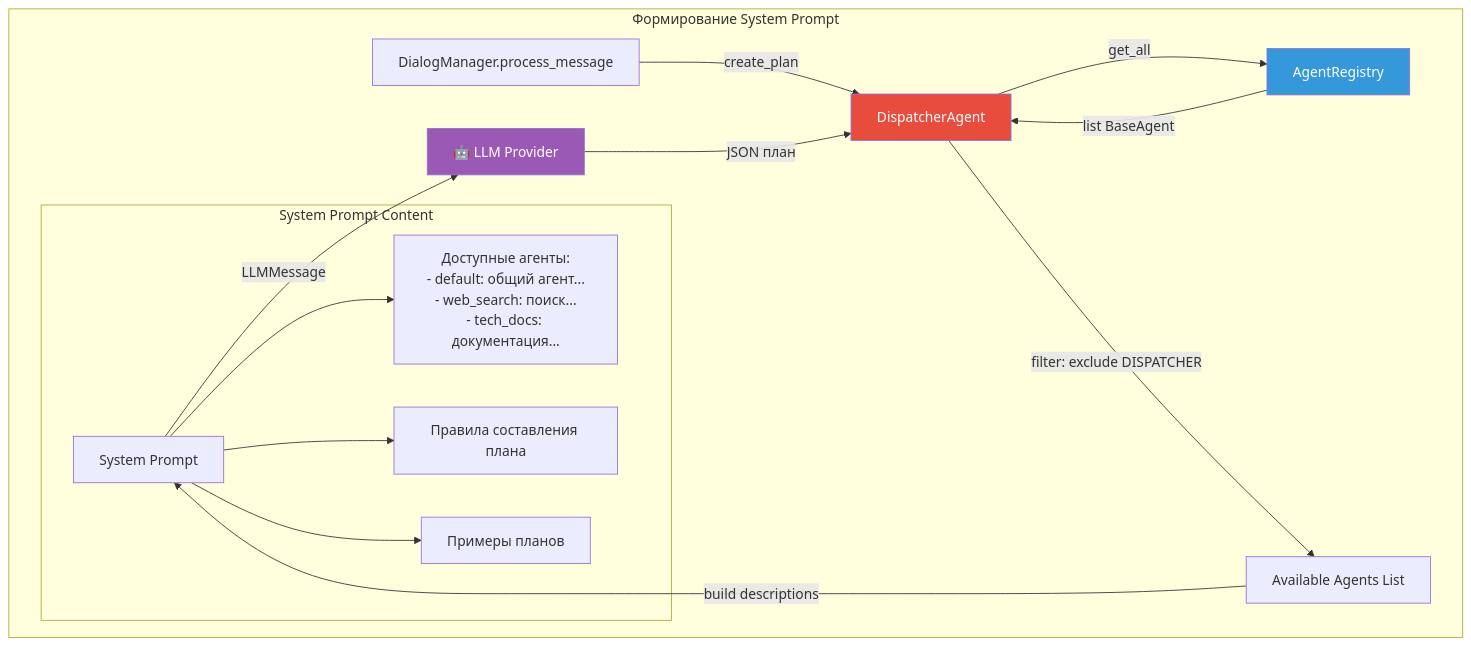
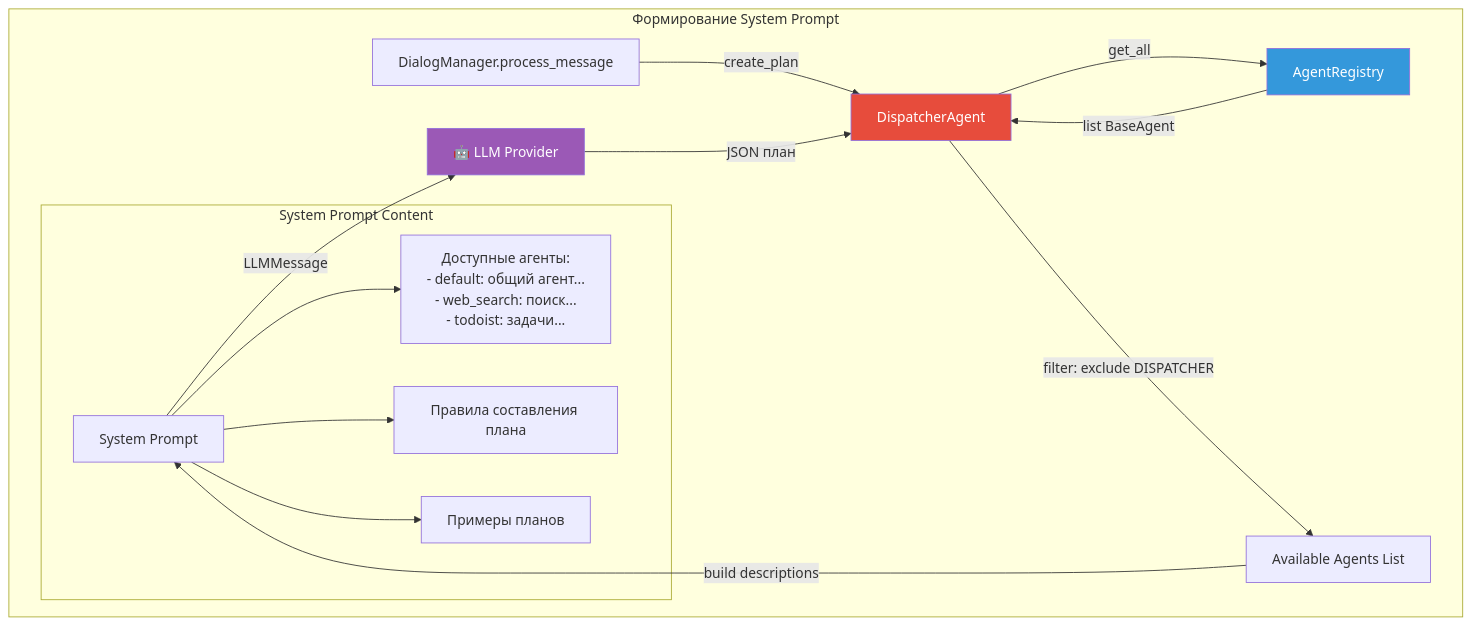
One commit to finnetrolle/nergal changed the first of 14 diagrams in docs/AGENT_ARCHITECTURE.md. Above: the diagram before and after it, drawn with Mermaid. The commit also changed other lines of this file and 29 other files, not shown here.

````diff
--- a/docs/AGENT_ARCHITECTURE.md
+++ b/docs/AGENT_ARCHITECTURE.md
@@ -7,23 +25,23 @@
 ```mermaid
 flowchart TD
     subgraph "Формирование System Prompt"
         DM[DialogManager.process_message] -->|create_plan| DA[DispatcherAgent]
         DA -->|get_all| AR[AgentRegistry]
         AR -->|list BaseAgent| DA
         DA -->|filter: exclude DISPATCHER| AVA[Available Agents List]
         AVA -->|build descriptions| SP[System Prompt]
         
         subgraph "System Prompt Content"
-            SP --> AGENTS["Доступные агенты:\n- default: общий агент...\n- web_search: поиск...\n- tech_docs: документация..."]
+            SP --> AGENTS["Доступные агенты:\n- default: общий агент...\n- web_search: поиск...\n- todoist: задачи..."]
             SP --> RULES["Правила составления плана"]
             SP --> EXAMPLES["Примеры планов"]
         end
         
         SP -->|LLMMessage| LLM[🤖 LLM Provider]
         LLM -->|JSON план| DA
     end
     
     style DA fill:#e74c3c,color:#fff
     style AR fill:#3498db,color:#fff
     style LLM fill:#9b59b6,color:#fff
 ```
````
